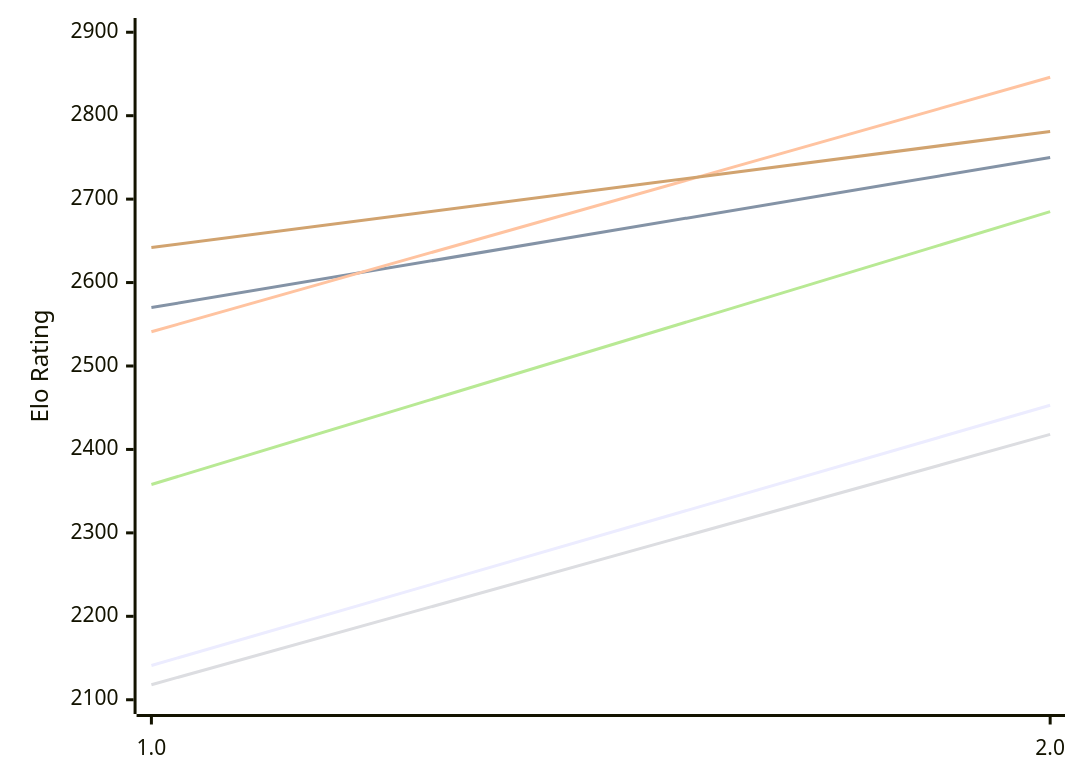
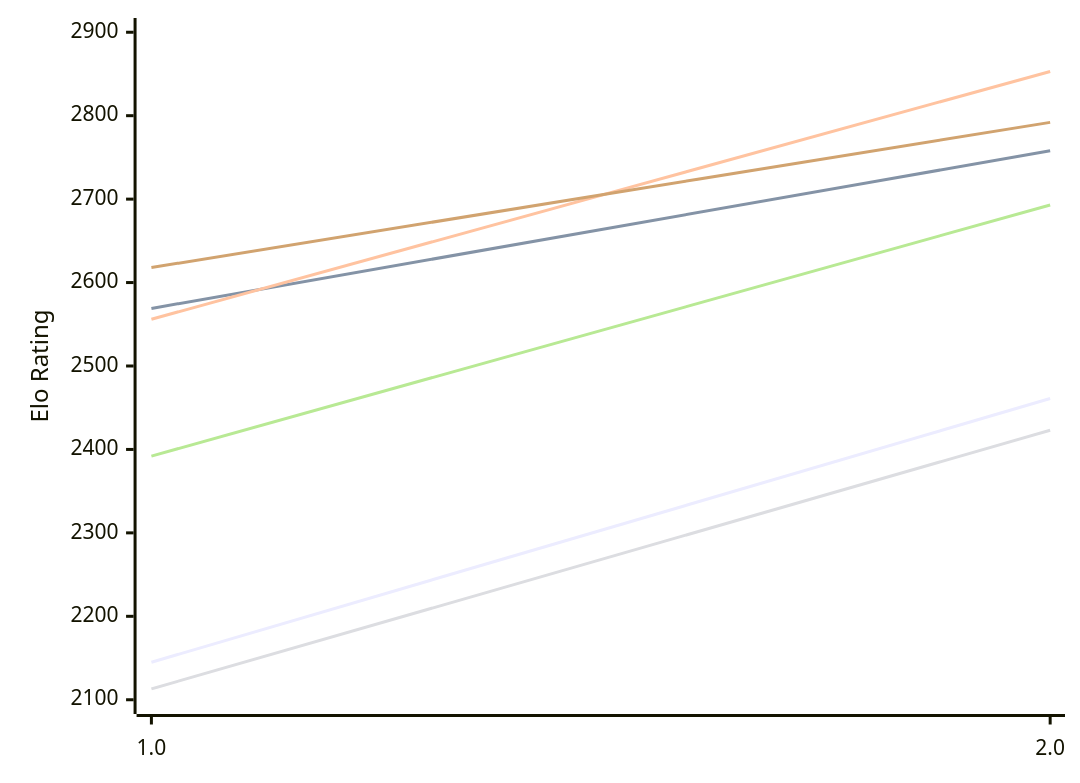
Before and after one commit to computer-chess-index/cci: the first of 2 diagrams in engines/Revolver.md, drawn with Mermaid. The commit also changed other lines of this file, not shown here.

Commit message:
Update CCI Ratings (ELO VLTC) - 2026-11-16

````diff
--- a/engines/Revolver.md
+++ b/engines/Revolver.md
@@ -50,12 +50,12 @@
 ```mermaid
 %%{init: {"theme":"base","themeVariables":{"seriesColors:['#a3a3a3','#222221','#faa371']}}}%%
 xychart-beta
   x-axis ["1.0", "2.0"]
   y-axis "Elo Rating" 2100 --> 2900
-  line "E1: STC (8.0+0.08s)" [2141, 2453]
-  line "E1: LTC (60.0+0.60s)" [2570, 2750]
-  line "E1: VLTC (2m24s+1.12s)" [2541, 2846]
-  line "P1: STC (8.0+0.08s)" [2118, 2418]
-  line "P1: LTC (60.0+0.60s)" [2358, 2685]
-  line "P1: VLTC (2m24s+1.12s)" [2642, 2781]
+  line "E1: STC (8.0+0.08s)" [2145, 2461]
+  line "E1: LTC (60.0+0.60s)" [2569, 2758]
+  line "E1: VLTC (2m24s+1.12s)" [2556, 2853]
+  line "P1: STC (8.0+0.08s)" [2113, 2423]
+  line "P1: LTC (60.0+0.60s)" [2392, 2693]
+  line "P1: VLTC (2m24s+1.12s)" [2618, 2792]
 ```
````
